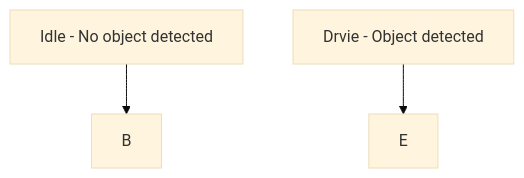
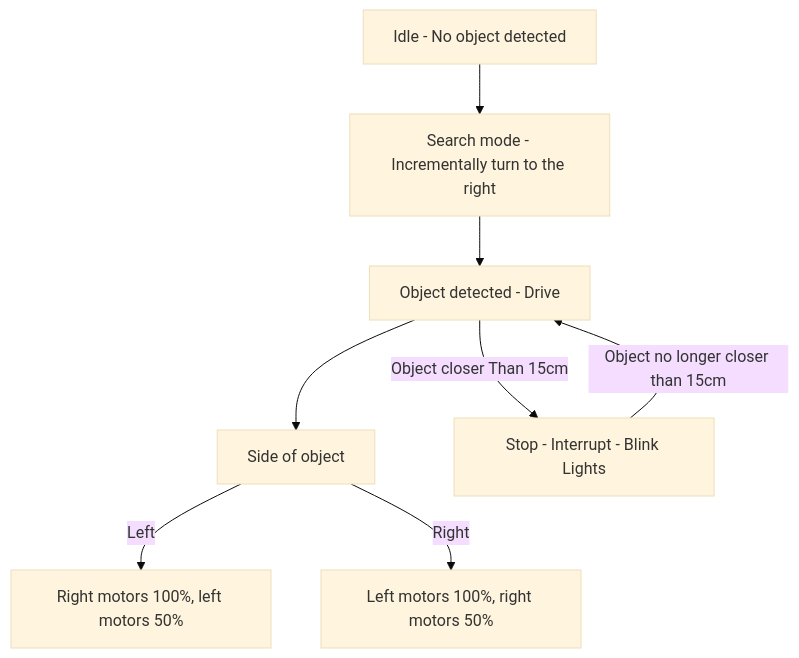
Before and after one commit to MNimbus/Auto_YOLO_Bot: the diagram in README.md, drawn with Mermaid (base theme).

Commit message:
Updated logic graph in README.md

````diff
--- a/README.md
+++ b/README.md
@@ -16,5 +16,11 @@
 ```mermaid
 graph TD; 
-A[Idle - No object detected]-->B
-D[Drvie - Object detected] -->E
+A[Idle - No object detected] --> C[Search mode - Incrementally turn to the right]
+B[Object detected - Drive] --> E[Side of object]
+C --> B
+E -- Left --> G[Right motors 100%, left motors 50%]
+E -- Right --> H[Left motors 100%, right motors 50%]
+J[Stop - Interrupt - Blink Lights]
+B -- Object closer Than 15cm --> J
+J -- Object no longer closer than 15cm --> B
 ```
````
